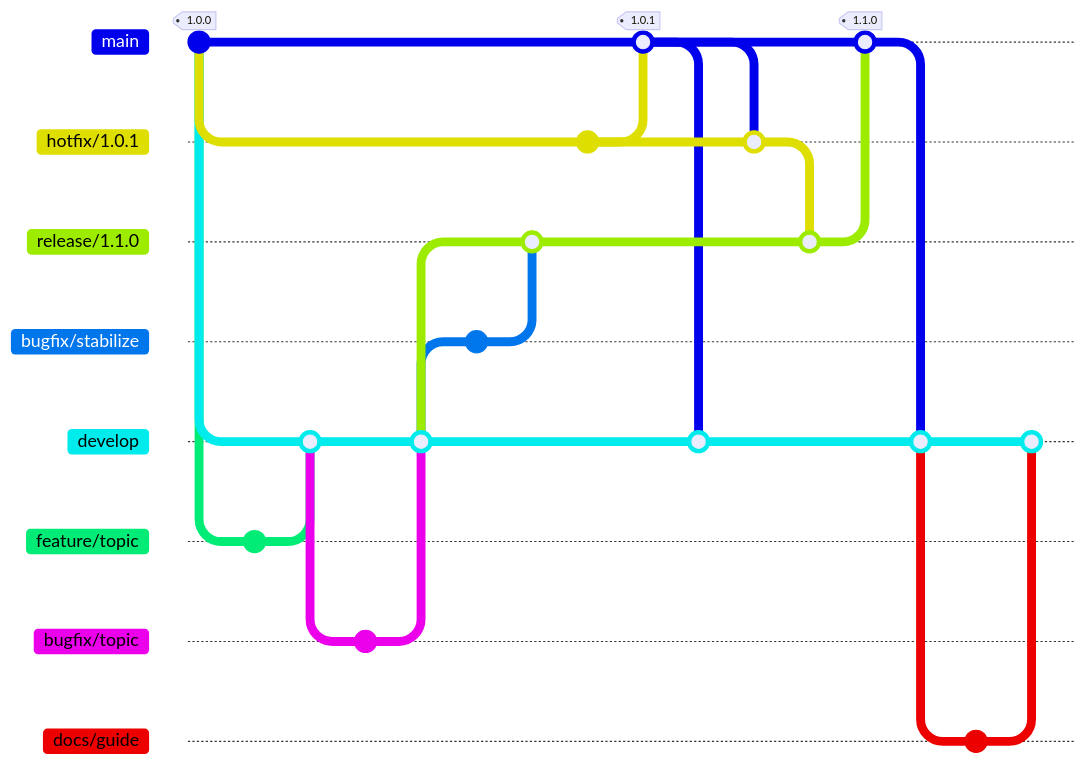
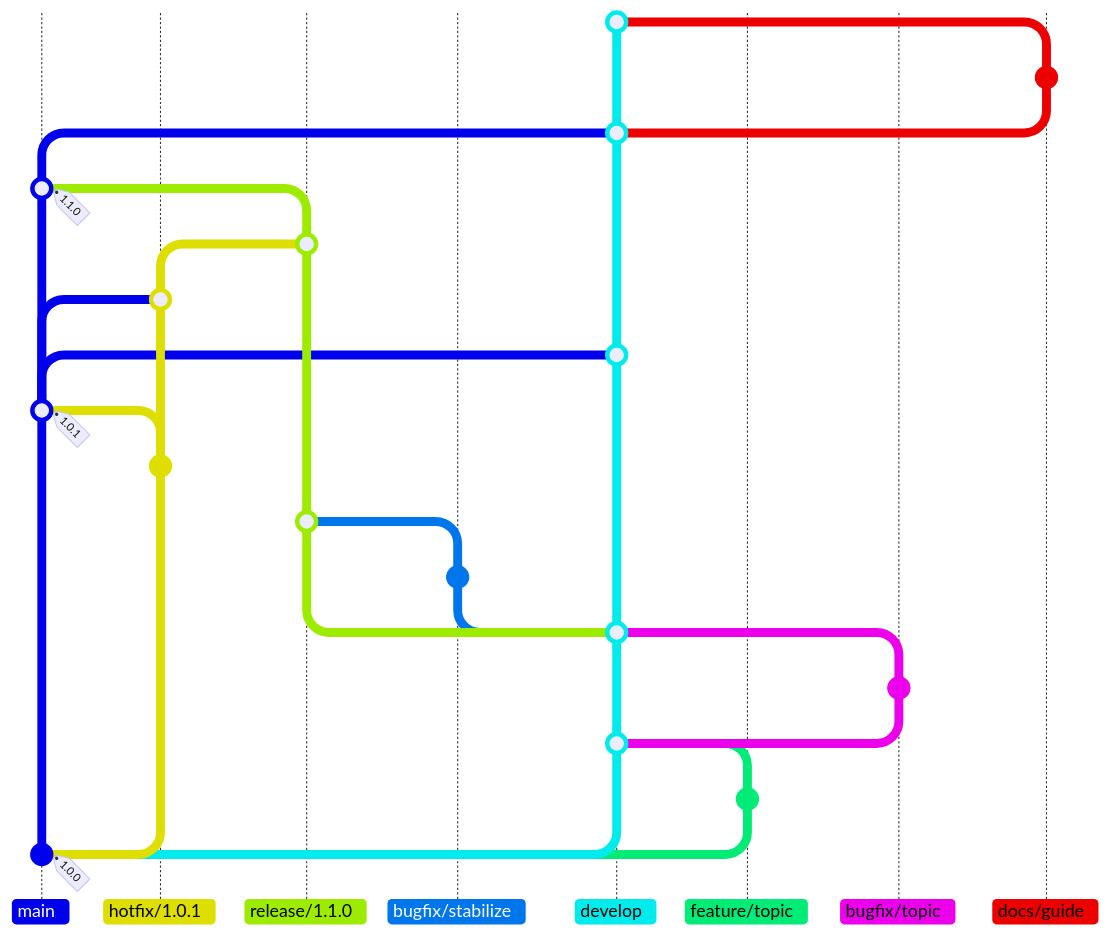
One commit to superhero/operations.superduper.solutions changed the diagram in docs/adr/cicd.md. Above: the diagram before and after it, drawn with Mermaid. Commit ids are hidden.

Commit message:
docs: orient the Git graph from bottom to top

````diff
--- a/docs/adr/cicd.md
+++ b/docs/adr/cicd.md
@@ -37,38 +37,38 @@
 ```mermaid
 %%{init: {"gitGraph": {"showCommitLabel": false}}}%%
-gitGraph LR:
+gitGraph BT:
     commit tag: "1.0.0"
     branch develop order: 4
     branch "feature/topic" order: 5
     commit
     checkout develop
     merge "feature/topic"
     branch "bugfix/topic" order: 6
     commit
     checkout develop
     merge "bugfix/topic"
     branch "release/1.1.0" order: 2
     branch "bugfix/stabilize" order: 3
     commit
     checkout "release/1.1.0"
     merge "bugfix/stabilize"
     checkout main
     branch "hotfix/1.0.1" order: 1
     commit
     checkout main
     merge "hotfix/1.0.1" tag: "1.0.1"
     checkout develop
     merge main
     checkout "hotfix/1.0.1"
     merge main
     checkout "release/1.1.0"
     merge "hotfix/1.0.1"
     checkout main
     merge "release/1.1.0" tag: "1.1.0"
     checkout develop
     merge main
     branch "docs/guide" order: 7
     commit
     checkout develop
     merge "docs/guide"
 ```
````
